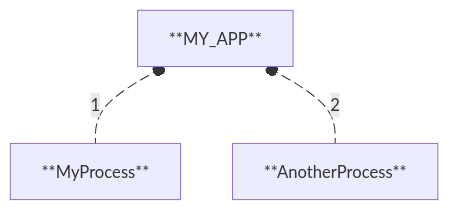
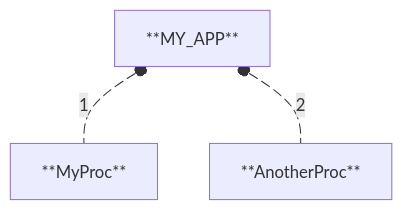
The fifth of 17 diagrams in README.md (nuremics/nuremics), drawn with Mermaid before and after one commit. The commit also changed other lines of this file, not shown here.

````diff
--- a/README.md
+++ b/README.md
@@ -180,7 +180,7 @@
 ```mermaid
 flowchart BT
-  **MyProcess** e1@--1--o **MY_APP**
-  **AnotherProcess** e2@--2--o **MY_APP**
+  **MyProc** e1@--1--o **MY_APP**
+  **AnotherProc** e2@--2--o **MY_APP**
   e1@{ animate: true }
   e2@{ animate: true }
 ```
````
